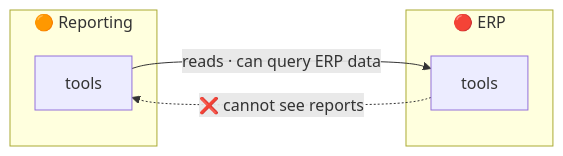
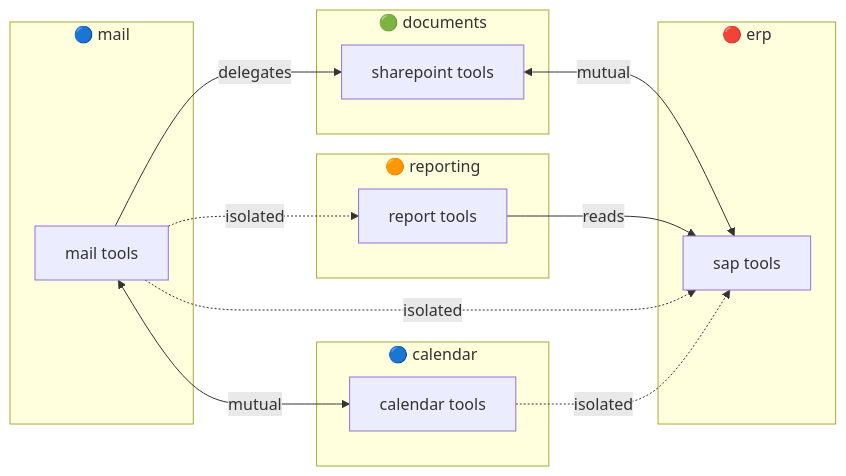
Before and after one commit to openhort/openhort: the second of 5 diagrams in docs/manual/internals/security/group-isolation.md, drawn with Mermaid. The commit also changed other lines of this file and 1 other file, not shown here.

````diff
--- a/docs/manual/internals/security/group-isolation.md
+++ b/docs/manual/internals/security/group-isolation.md
@@ -113,11 +73,27 @@
 ```mermaid
 graph LR
-    subgraph orange ["🟠 Reporting"]
-        R["tools"]
+    subgraph blue ["🔵 mail"]
+        M["mail tools"]
     end
-    subgraph red ["🔴 ERP"]
-        E["tools"]
+    subgraph cyan ["🔵 calendar"]
+        C["calendar tools"]
     end
-    R -->|"reads · can query ERP data"| E
-    E -.->|"❌ cannot see reports"| R
+    subgraph green ["🟢 documents"]
+        D["sharepoint tools"]
+    end
+    subgraph red ["🔴 erp"]
+        E["sap tools"]
+    end
+    subgraph orange ["🟠 reporting"]
+        R["report tools"]
+    end
+    
+    M <-->|"mutual"| C
+    M -->|"delegates"| D
+    D <-->|"mutual"| E
+    R -->|"reads"| E
+    
+    M -.->|"isolated"| E
+    M -.->|"isolated"| R
+    C -.->|"isolated"| E
 ```
````
